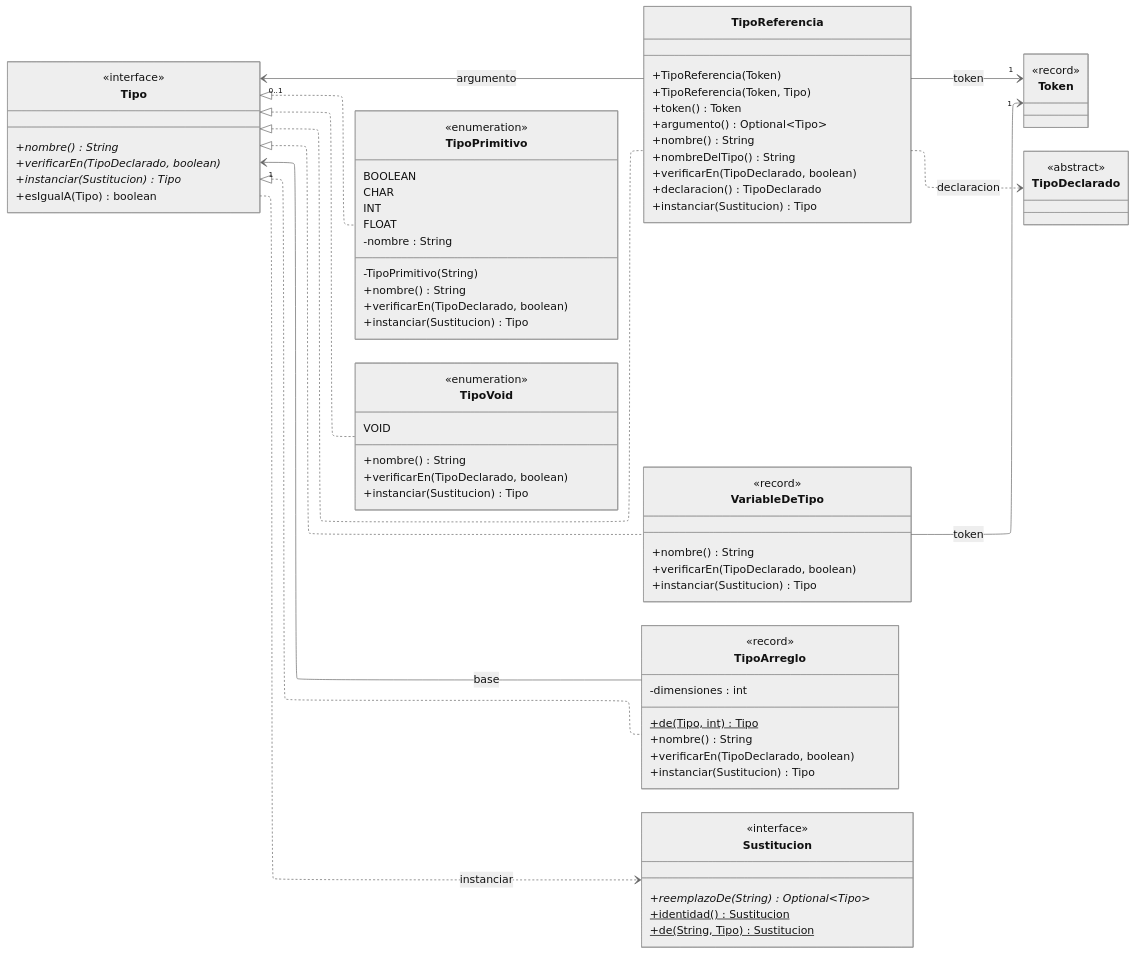
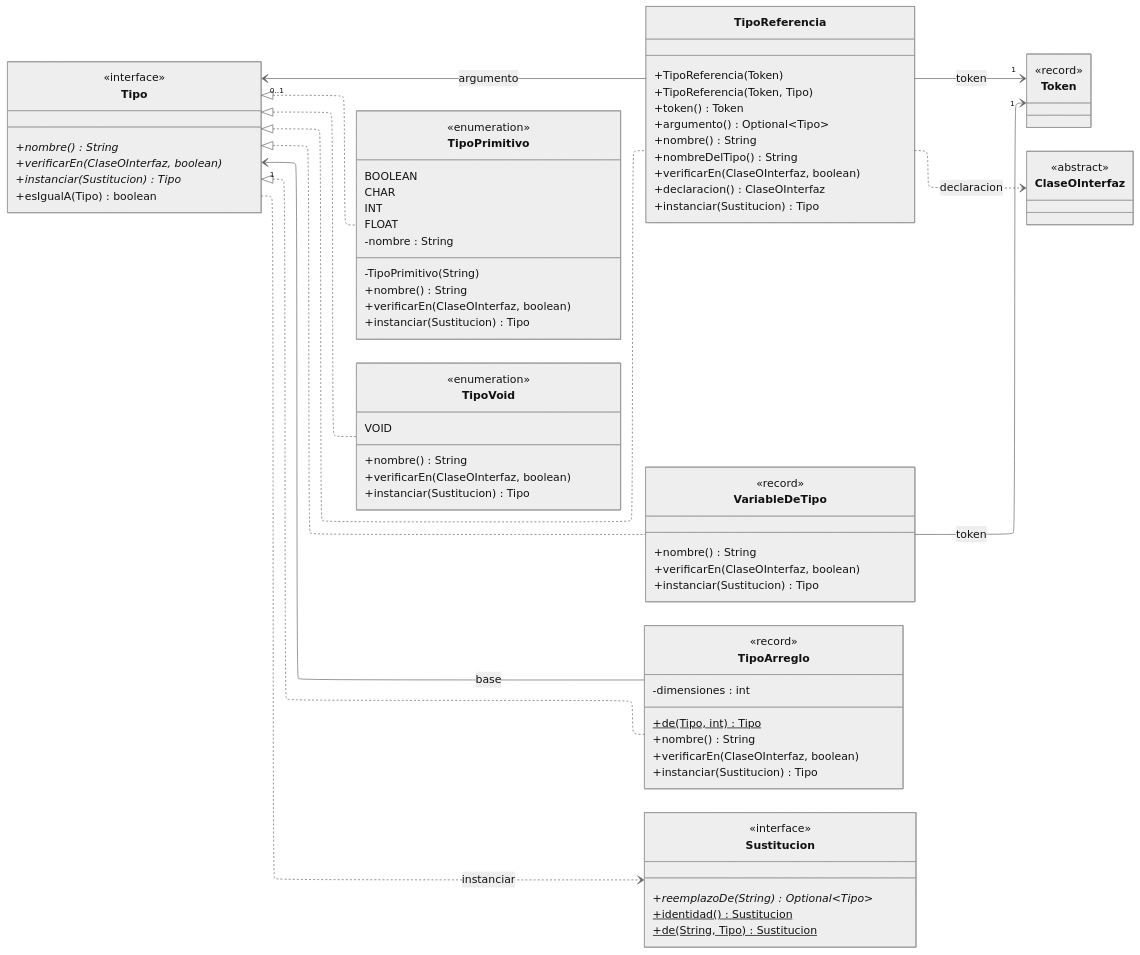
One commit to agustinpaul0/Proyecto-CEI changed the fifth of 5 diagrams in documentacion/semantico/arquitectura-del-analizador-semantico.md. Above: the diagram before and after it, drawn with Mermaid (neutral theme). The commit also changed other lines of this file and 22 other files, not shown here.

First line of the commit message:
Renombra TipoDeclarado a ClaseOInterfaz

````diff
--- a/documentacion/semantico/arquitectura-del-analizador-semantico.md
+++ b/documentacion/semantico/arquitectura-del-analizador-semantico.md
@@ -332,82 +332,82 @@
 ```mermaid
 ---
 config:
   layout: elk
 ---
 classDiagram
     direction LR
     class Tipo {
         <<interface>>
         +nombre()* String
-        +verificarEn(TipoDeclarado, boolean)*
+        +verificarEn(ClaseOInterfaz, boolean)*
         +instanciar(Sustitucion)* Tipo
         +esIgualA(Tipo) boolean
     }
     class TipoPrimitivo {
         <<enumeration>>
         BOOLEAN
         CHAR
         INT
         FLOAT
         -nombre : String
         -TipoPrimitivo(String)
         +nombre() String
-        +verificarEn(TipoDeclarado, boolean)
+        +verificarEn(ClaseOInterfaz, boolean)
         +instanciar(Sustitucion) Tipo
     }
     class TipoVoid {
         <<enumeration>>
         VOID
         +nombre() String
-        +verificarEn(TipoDeclarado, boolean)
+        +verificarEn(ClaseOInterfaz, boolean)
         +instanciar(Sustitucion) Tipo
     }
     class TipoReferencia {
         +TipoReferencia(Token)
         +TipoReferencia(Token, Tipo)
         +token() Token
         +argumento() Optional~Tipo~
         +nombre() String
         +nombreDelTipo() String
-        +verificarEn(TipoDeclarado, boolean)
-        +declaracion() TipoDeclarado
+        +verificarEn(ClaseOInterfaz, boolean)
+        +declaracion() ClaseOInterfaz
         +instanciar(Sustitucion) Tipo
     }
     class VariableDeTipo {
         <<record>>
         +nombre() String
-        +verificarEn(TipoDeclarado, boolean)
+        +verificarEn(ClaseOInterfaz, boolean)
         +instanciar(Sustitucion) Tipo
     }
     class TipoArreglo {
         <<record>>
         -dimensiones : int
         +de(Tipo, int)$ Tipo
         +nombre() String
-        +verificarEn(TipoDeclarado, boolean)
+        +verificarEn(ClaseOInterfaz, boolean)
         +instanciar(Sustitucion) Tipo
     }
     class Sustitucion {
         <<interface>>
         +reemplazoDe(String)* Optional~Tipo~
         +identidad()$ Sustitucion
         +de(String, Tipo)$ Sustitucion
     }
     class Token {
         <<record>>
     }
-    class TipoDeclarado {
+    class ClaseOInterfaz {
         <<abstract>>
     }
     Tipo <|.. TipoPrimitivo
     Tipo <|.. TipoVoid
     Tipo <|.. TipoReferencia
     Tipo <|.. VariableDeTipo
     Tipo <|.. TipoArreglo
     Tipo ..> Sustitucion : instanciar
     TipoReferencia --> "1" Token : token
     TipoReferencia --> "0..1" Tipo : argumento
-    TipoReferencia ..> TipoDeclarado : declaracion
+    TipoReferencia ..> ClaseOInterfaz : declaracion
     VariableDeTipo --> "1" Token : token
     TipoArreglo --> "1" Tipo : base
 ```
````
